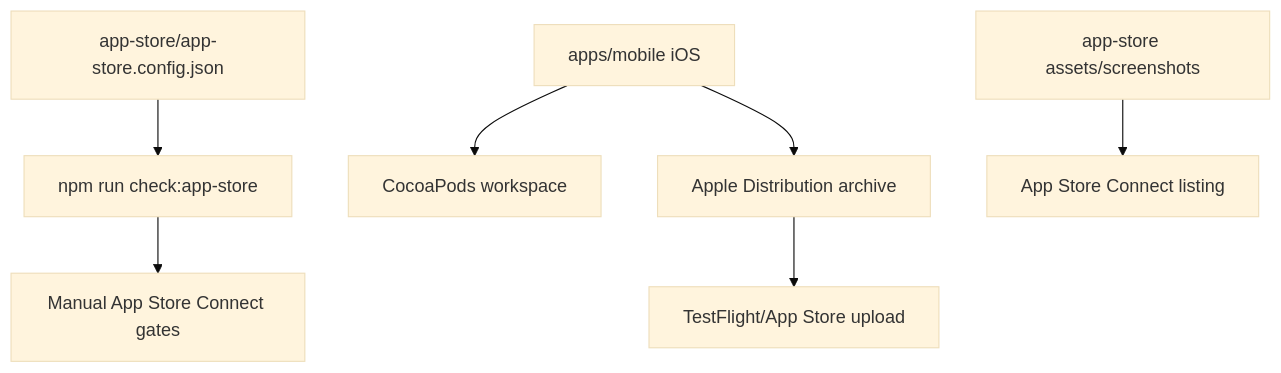
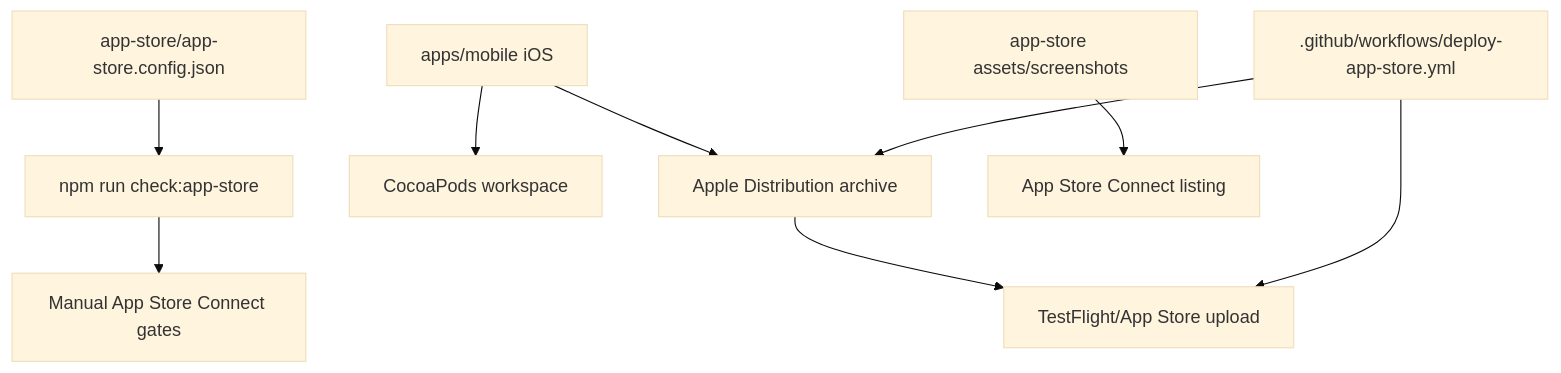
Before and after one commit to seorilabs/crossword-puzzle: the diagram in docs/app-store-registration.md, drawn with Mermaid (base theme). The commit also changed other lines of this file and 6 other files, not shown here.

First line of the commit message:
App Store TestFlight 업로드 자동화 구축 (#6)

````diff
--- a/docs/app-store-registration.md
+++ b/docs/app-store-registration.md
@@ -17,9 +17,11 @@
 ```mermaid
 flowchart TD
   Config["app-store/app-store.config.json"] --> Checker["npm run check:app-store"]
   Mobile["apps/mobile iOS"] --> Pods["CocoaPods workspace"]
   Mobile --> Archive["Apple Distribution archive"]
   Assets["app-store assets/screenshots"] --> Listing["App Store Connect listing"]
   Checker --> Console["Manual App Store Connect gates"]
   Archive --> Upload["TestFlight/App Store upload"]
+  Workflow[".github/workflows/deploy-app-store.yml"] --> Archive
+  Workflow --> Upload
 ```
````
